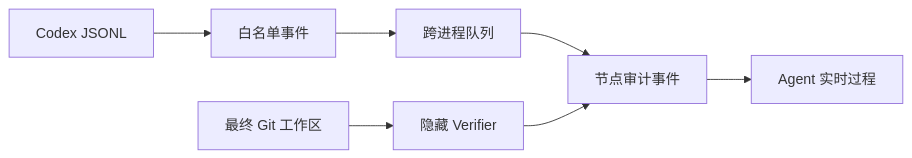
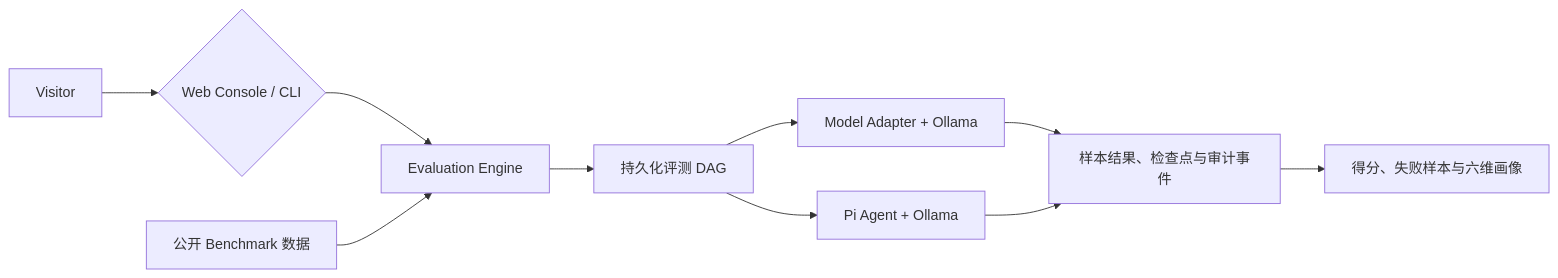
One commit to NEDONION/evalhub changed the diagram in README.md. Above: the diagram before and after it, drawn with Mermaid. The commit also changed other lines of this file and 3 other files, not shown here.

````diff
--- a/README.md
+++ b/README.md
@@ -419,9 +94,12 @@
 ```mermaid
 flowchart LR
-    Codex["Codex JSONL"] --> Normalize["白名单事件"]
-    Normalize --> Queue["跨进程队列"]
-    Queue --> SQLite["节点审计事件"]
-    SQLite --> UI["Agent 实时过程"]
-    Workspace["最终 Git 工作区"] --> Verify["隐藏 Verifier"]
-    Verify --> SQLite
+    Visitor["Visitor"] --> Entry{"Web Console / CLI"}
+    Entry --> Engine["Evaluation Engine"]
+    Dataset["公开 Benchmark 数据"] --> Engine
+    Engine --> DAG["持久化评测 DAG"]
+    DAG --> Model["Model Adapter + Ollama"]
+    DAG --> Agent["Pi Agent + Ollama"]
+    Model --> Evidence["样本结果、检查点与审计事件"]
+    Agent --> Evidence
+    Evidence --> Report["得分、失败样本与六维画像"]
 ```
````
